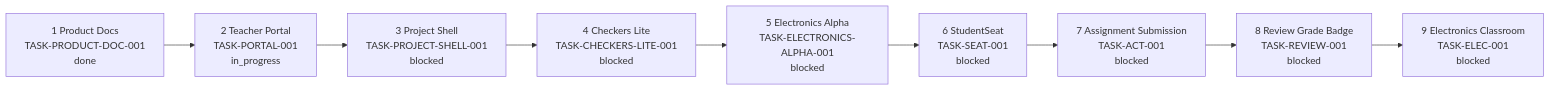
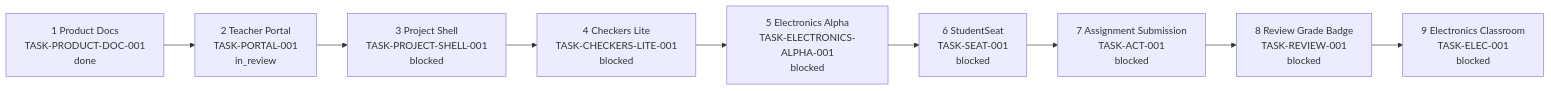
The first of 6 diagrams in docs/project-map/PROJECT_MAP.md (spikeal8-maker/asa-lab), drawn with Mermaid before and after one commit. The commit also changed 19 other files, not shown here.

````diff
--- a/docs/project-map/PROJECT_MAP.md
+++ b/docs/project-map/PROJECT_MAP.md
@@ -21,14 +21,14 @@
 ```mermaid
 flowchart LR
     DOC[1 Product Docs<br/>TASK-PRODUCT-DOC-001<br/>done]
-    PORTAL[2 Teacher Portal<br/>TASK-PORTAL-001<br/>in_progress]
+    PORTAL[2 Teacher Portal<br/>TASK-PORTAL-001<br/>in_review]
     PROJECT[3 Project Shell<br/>TASK-PROJECT-SHELL-001<br/>blocked]
     CHECKERS[4 Checkers Lite<br/>TASK-CHECKERS-LITE-001<br/>blocked]
     EALPHA[5 Electronics Alpha<br/>TASK-ELECTRONICS-ALPHA-001<br/>blocked]
     SEAT[6 StudentSeat<br/>TASK-SEAT-001<br/>blocked]
     ACT[7 Assignment Submission<br/>TASK-ACT-001<br/>blocked]
     REVIEW[8 Review Grade Badge<br/>TASK-REVIEW-001<br/>blocked]
     EFULL[9 Electronics Classroom<br/>TASK-ELEC-001<br/>blocked]
 
     DOC --> PORTAL --> PROJECT --> CHECKERS --> EALPHA --> SEAT --> ACT --> REVIEW --> EFULL
 ```
````
